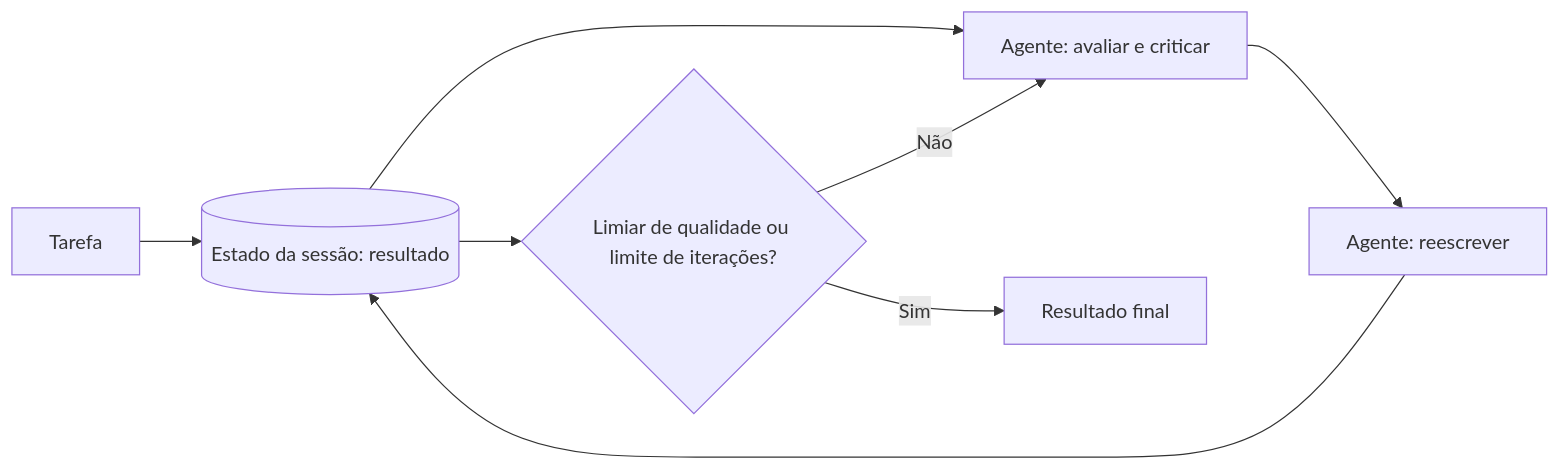
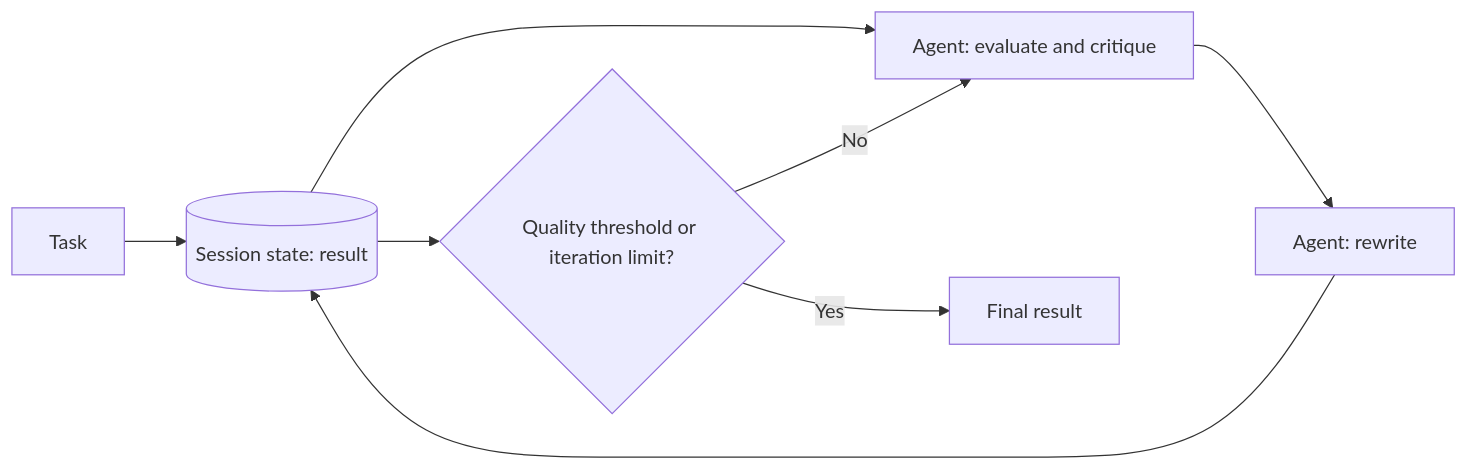
The diagram in docs/ai/agentic-ai/iteration/multi-agent-iterative-refinement.md (alancesar/design-patterns), drawn with Mermaid before and after one commit. The commit also changed 258 other files, not shown here.

First line of the commit message:
Translate Mermaid diagrams to English

````diff
--- a/docs/ai/agentic-ai/iteration/multi-agent-iterative-refinement.md
+++ b/docs/ai/agentic-ai/iteration/multi-agent-iterative-refinement.md
@@ -52,10 +52,10 @@
 ```mermaid
 flowchart LR
-    I["Tarefa"] --> E[("Estado da sessão: resultado")]
-    E --> A["Agente: avaliar e criticar"]
-    A --> B["Agente: reescrever"]
+    I["Task"] --> E[("Session state: result")]
+    E --> A["Agent: evaluate and critique"]
+    A --> B["Agent: rewrite"]
     B --> E
-    E --> Q{"Limiar de qualidade ou limite de iterações?"}
-    Q -- "Não" --> A
-    Q -- "Sim" --> R["Resultado final"]
+    E --> Q{"Quality threshold or iteration limit?"}
+    Q -- "No" --> A
+    Q -- "Yes" --> R["Final result"]
 ```
````
